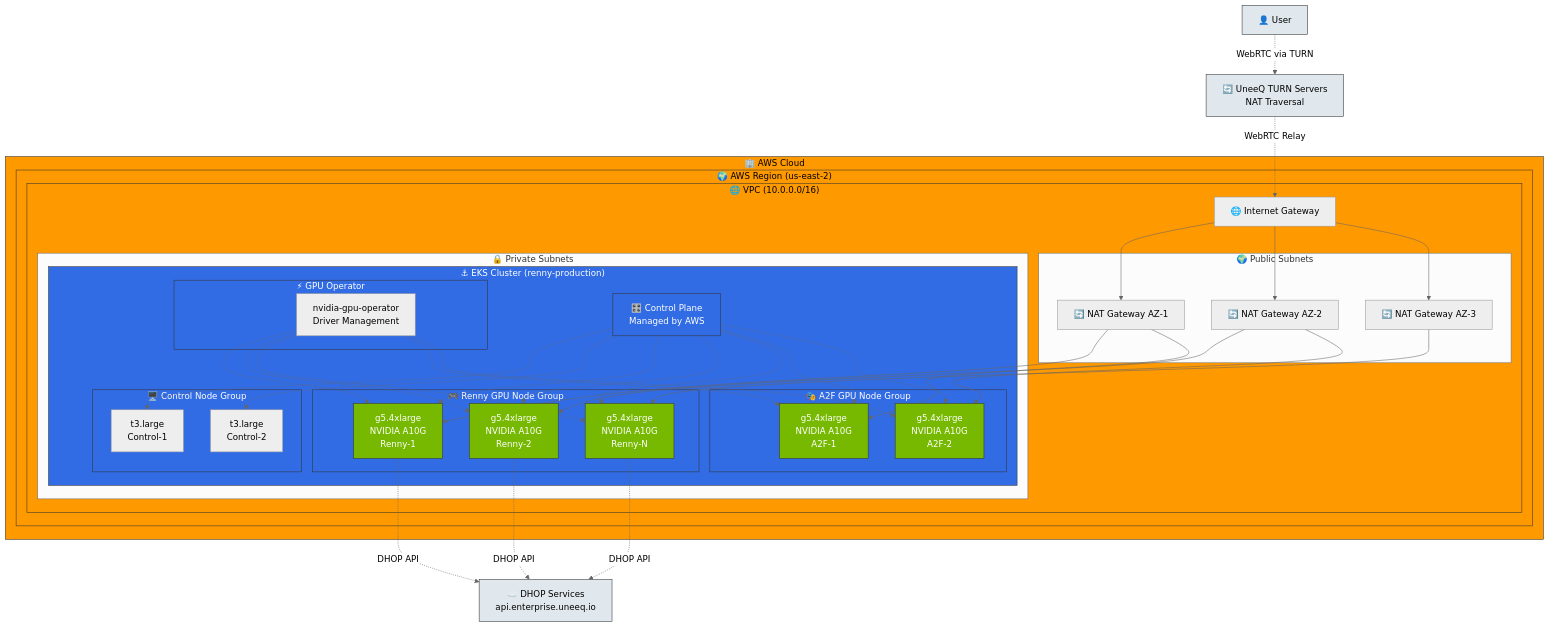
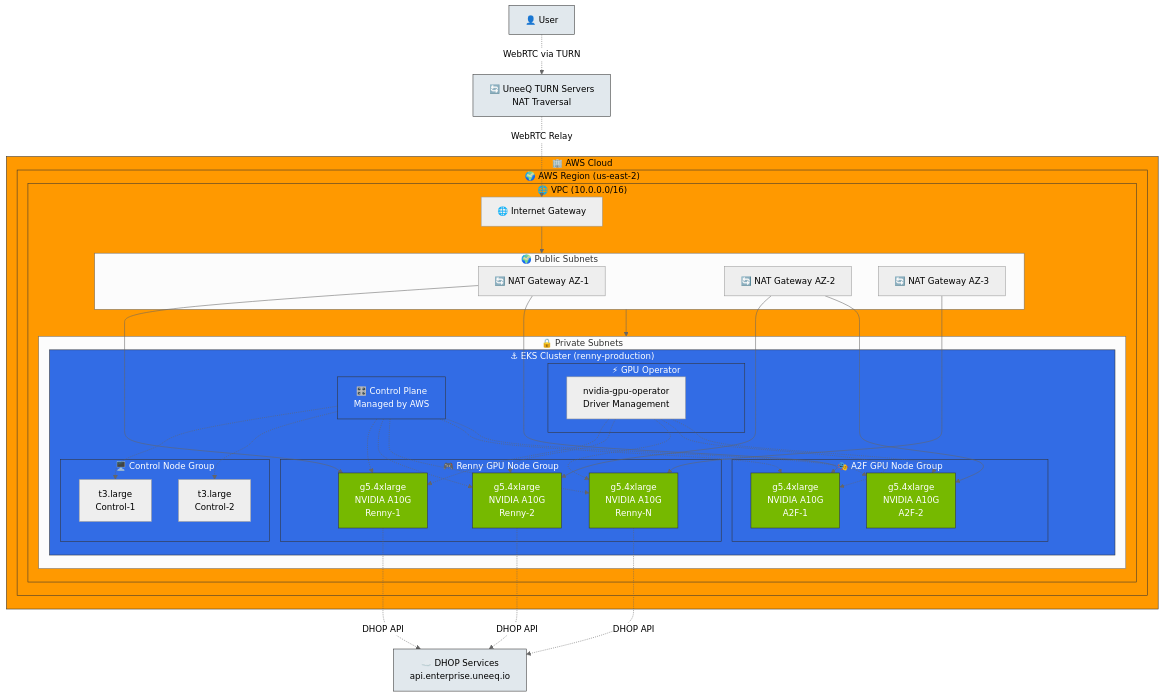
Before and after one commit to uneeq-digital-humans/miniprem: the first of 3 diagrams in kubernetes/README.md, drawn with Mermaid (neutral theme).

Commit message:
Formatting the architecture diagram

```diff
--- a/kubernetes/README.md
+++ b/kubernetes/README.md
@@ -289,6 +289,8 @@
                     NAT2[🔄 NAT Gateway AZ-2]
                     NAT3[🔄 NAT Gateway AZ-3]
                 end
+                
+                IGW --> PublicSubnets
                 
                 subgraph PrivateSubnets["🔒 Private Subnets"]
                     subgraph EKS["⚓ EKS Cluster (renny-production)"]
@@ -315,6 +317,8 @@
                         end
                     end
                 end
+                
+                PublicSubnets --> PrivateSubnets
             end
         end
     end
@@ -322,9 +326,6 @@
     %% Connections
     User -.->|WebRTC via TURN| TURN
     TURN -.->|WebRTC Relay| IGW
-    IGW --> NAT1
-    IGW --> NAT2  
-    IGW --> NAT3
     NAT1 --> RN1
     NAT2 --> RN2
     NAT3 --> RN3
```
